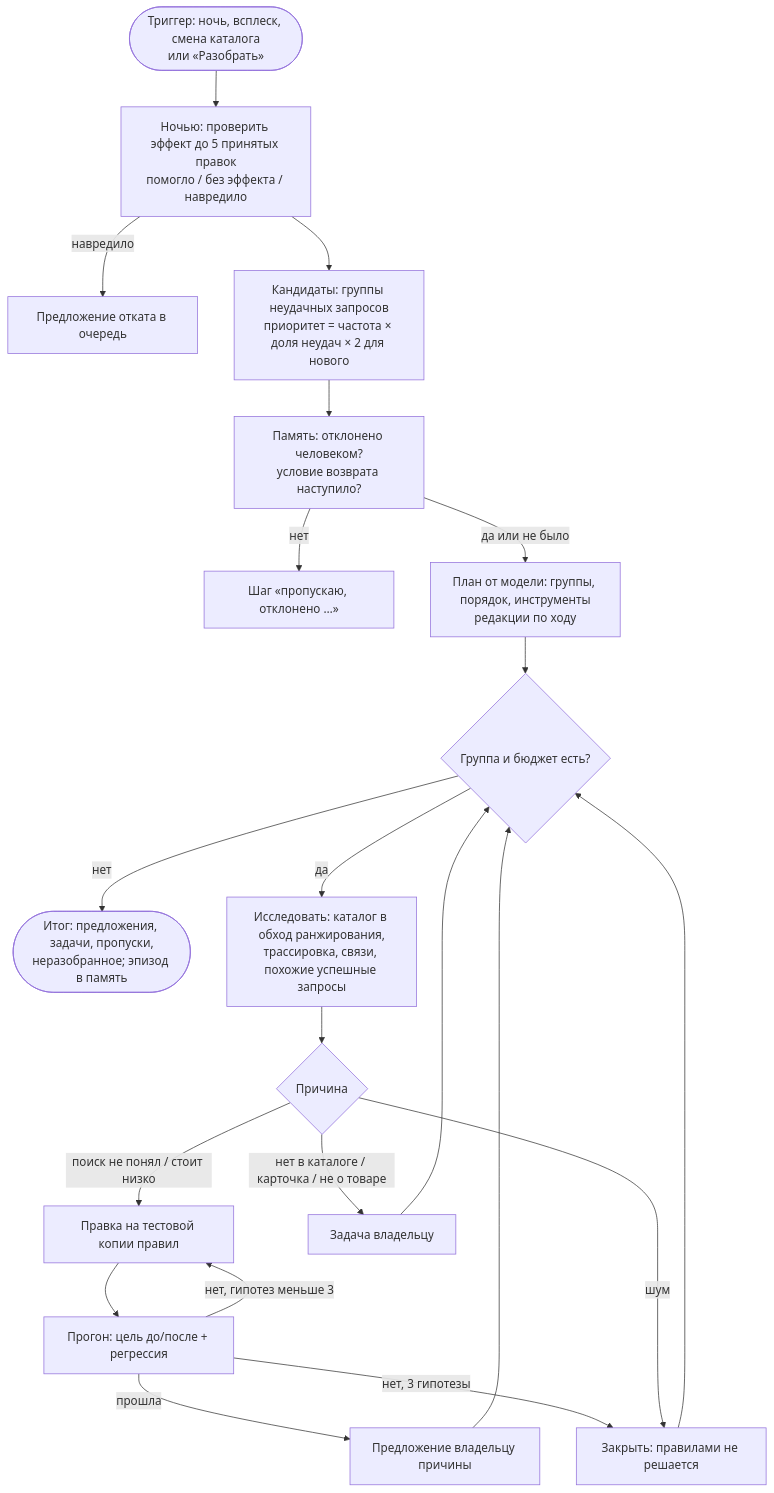
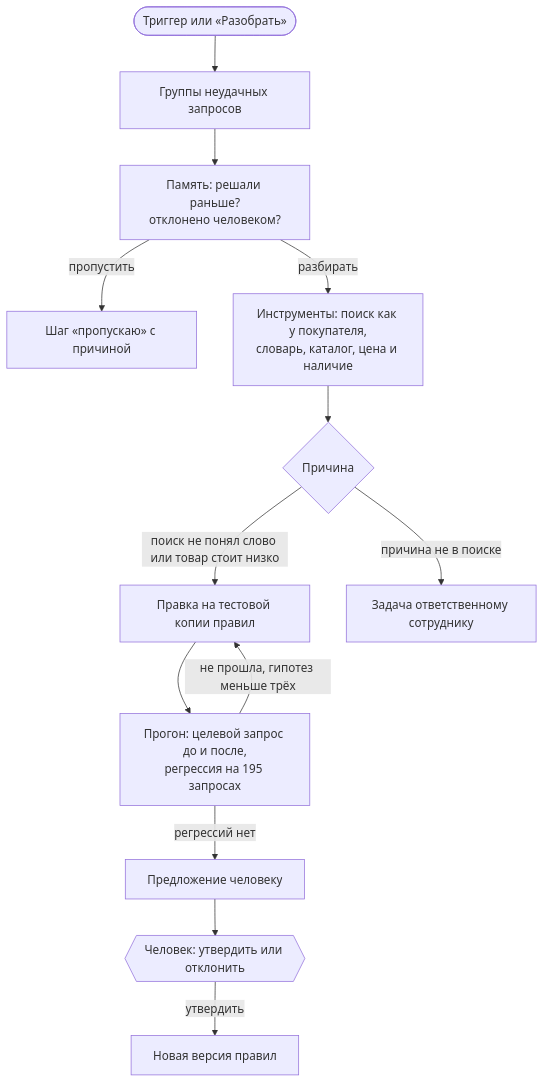
Before and after one commit to olegator-rus/rokotovka-plexet-kuznitsa: the second of 3 diagrams in docs/ARCHITECTURE.md, drawn with Mermaid. The commit also changed other lines of this file and 18 other files, not shown here.

Commit message:
README со схемами Mermaid; документы приведены к каталогу заказчика; развёртывание из репозитория: скрипт deploy/bootstrap.sh и docs/DEPLOY.md

````diff
--- a/docs/ARCHITECTURE.md
+++ b/docs/ARCHITECTURE.md
@@ -299,23 +283,15 @@
 ```mermaid
 flowchart TD
-    trig([Триггер: ночь, всплеск, смена каталога<br/>или «Разобрать»]) --> effect[Ночью: проверить эффект до 5 принятых правок<br/>помогло / без эффекта / навредило]
-    effect -- навредило --> rb[Предложение отката в очередь]
-    effect --> cand[Кандидаты: группы неудачных запросов<br/>приоритет = частота × доля неудач × 2 для нового]
-    cand --> mem[Память: отклонено человеком?<br/>условие возврата наступило?]
-    mem -- нет --> skip[Шаг «пропускаю, отклонено …»]
-    mem -- да или не было --> plan[План от модели: группы, порядок, инструменты<br/>редакции по ходу]
-    plan --> next{Группа и бюджет есть?}
-    next -- нет --> finish([Итог: предложения, задачи, пропуски,<br/>неразобранное; эпизод в память])
-    next -- да --> explore[Исследовать: каталог в обход ранжирования,<br/>трассировка, связи, похожие успешные запросы]
+    trig([Триггер или «Разобрать»]) --> cand[Группы неудачных запросов]
+    cand --> mem[Память: решали раньше?<br/>отклонено человеком?]
+    mem -- пропустить --> skip[Шаг «пропускаю» с причиной]
+    mem -- разбирать --> explore[Инструменты: поиск как у покупателя,<br/>словарь, каталог, цена и наличие]
     explore --> diag{Причина}
-    diag -- поиск не понял / стоит низко --> patch[Правка на тестовой копии правил]
-    patch --> run[Прогон: цель до/после + регрессия]
-    run -- прошла --> queue[Предложение владельцу причины]
-    run -- нет, гипотез меньше 3 --> patch
-    run -- нет, 3 гипотезы --> close[Закрыть: правилами не решается]
-    diag -- нет в каталоге / карточка / не о товаре --> ticket[Задача владельцу]
-    diag -- шум --> close
-    queue --> next
-    ticket --> next
-    close --> next
+    diag -- поиск не понял слово или товар стоит низко --> patch[Правка на тестовой копии правил]
+    patch --> run[Прогон: целевой запрос до и после,<br/>регрессия на 195 запросах]
+    run -- регрессий нет --> queue[Предложение человеку]
+    run -- не прошла, гипотез меньше трёх --> patch
+    diag -- причина не в поиске --> ticket[Задача ответственному сотруднику]
+    queue --> human{{Человек: утвердить или отклонить}}
+    human -- утвердить --> version[Новая версия правил]
 ```
````
